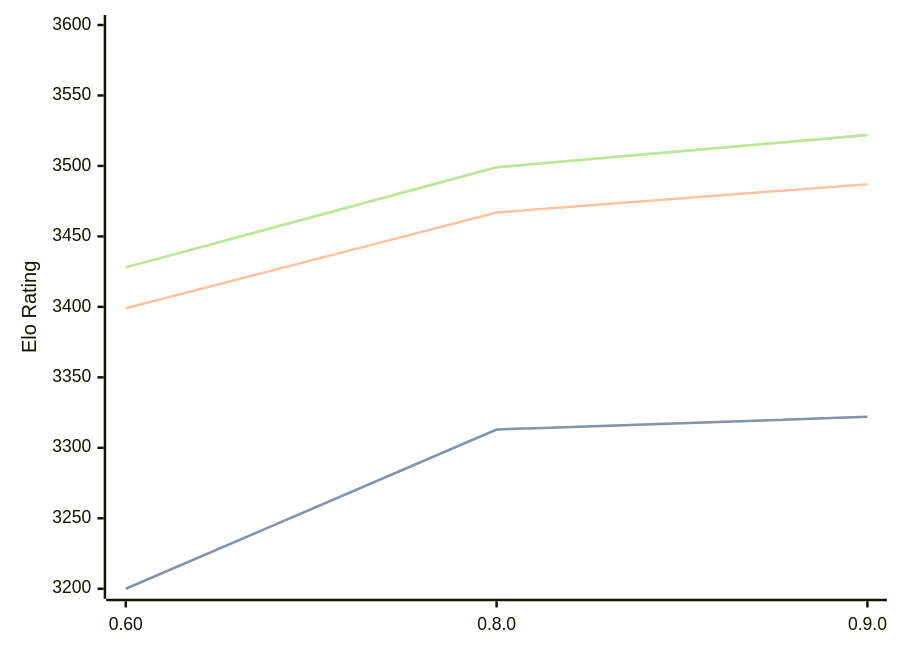
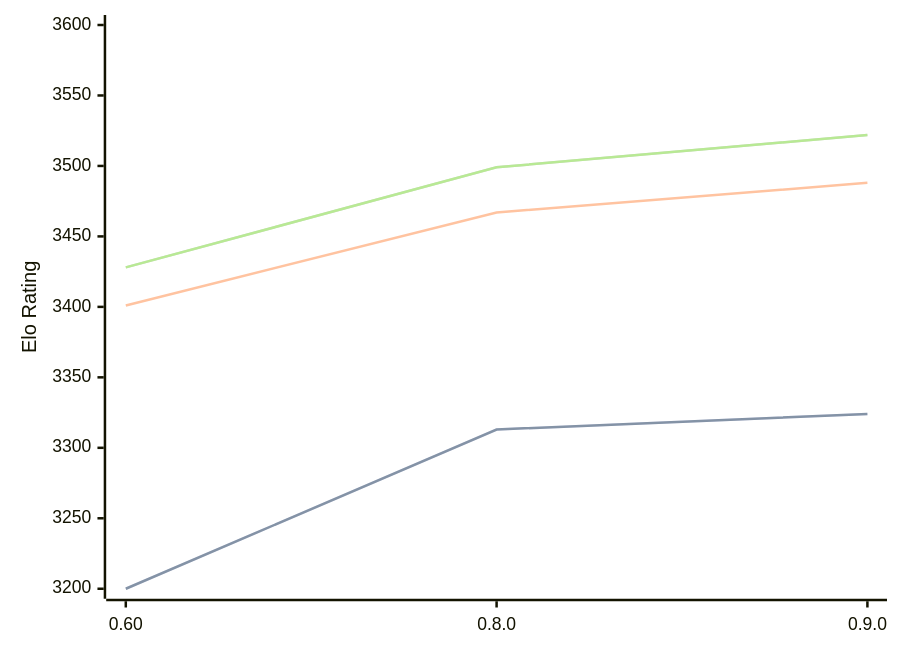
Before and after one commit to computer-chess-index/cci: the third of 3 diagrams in engines/Motor.md, drawn with Mermaid. The commit also changed other lines of this file, not shown here.

````diff
--- a/engines/Motor.md
+++ b/engines/Motor.md
@@ -72,11 +72,11 @@
 ```mermaid
 %%{init: {"theme":"base","themeVariables":{"seriesColors:['#a3a3a3','#222221','#faa371']}}}%%
 xychart-beta
   x-axis ["0.60", "0.8.0", "0.9.0"]
   y-axis "Elo Rating" 3200 --> 3600
-  line "STC (8.0+0.08s)" [3200, 3313, 3322]
-  line "STC (8.0+0.08s)" [3200, 3313, 3322]
-  line "LTC (60.0+0.60s)" [3399, 3467, 3487]
+  line "STC (8.0+0.08s)" [3200, 3313, 3324]
+  line "STC (8.0+0.08s)" [3200, 3313, 3324]
+  line "LTC (60.0+0.60s)" [3401, 3467, 3488]
   line "VLTC (2m24s+1.12s)" [3428, 3499, 3522]
   line "VLTC (2m24s+1.12s)" [3428, 3499, 3522]
 ```
````
